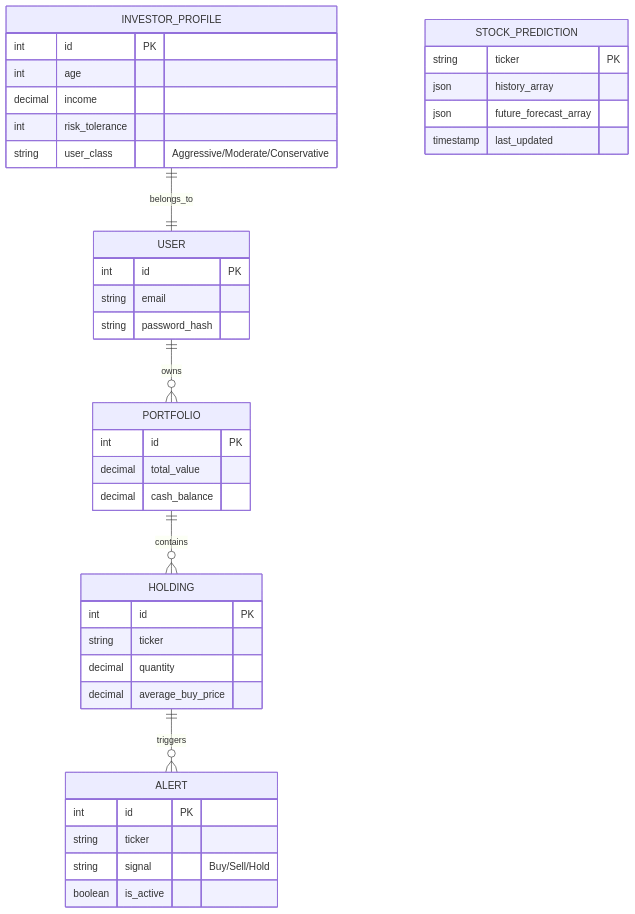
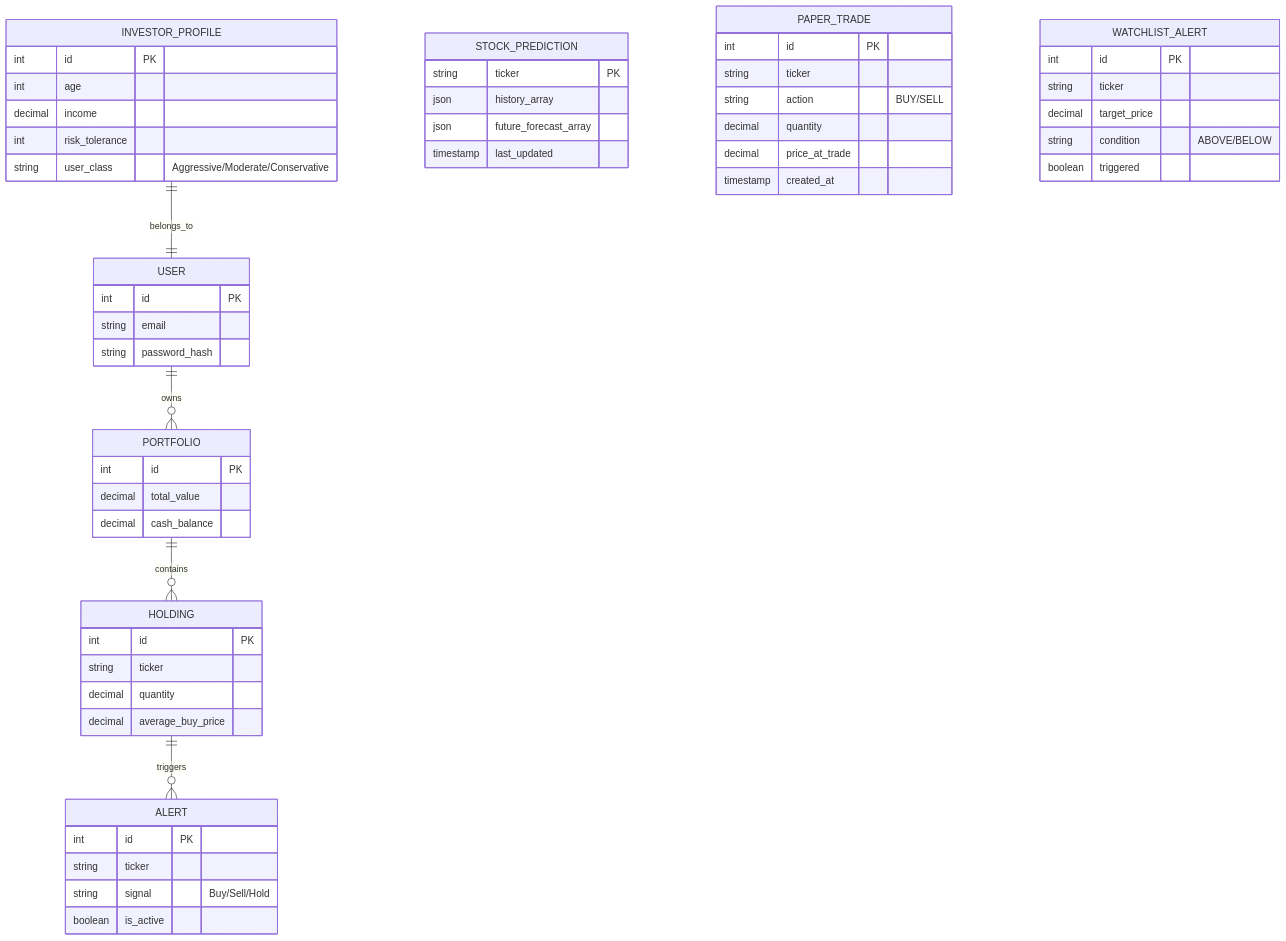
One commit to Cypher-redeye/Cresta changed the second of 2 diagrams in README.md. Above: the diagram before and after it, drawn with Mermaid. The commit also changed other lines of this file and 119 other files, not shown here.

Commit message:
feat: complete Cresta Viva architecture enhancements

````diff
--- a/README.md
+++ b/README.md
@@ -59,42 +59,57 @@
 ```mermaid
 erDiagram
     USER ||--o{ PORTFOLIO : owns
     USER {
         int id PK
         string email
         string password_hash
     }
     INVESTOR_PROFILE ||--|| USER : belongs_to
     INVESTOR_PROFILE {
         int id PK
         int age
         decimal income
         int risk_tolerance
         string user_class "Aggressive/Moderate/Conservative"
     }
     PORTFOLIO ||--o{ HOLDING : contains
     PORTFOLIO {
         int id PK
         decimal total_value
         decimal cash_balance
     }
     HOLDING ||--o{ ALERT : triggers
     HOLDING {
         int id PK
         string ticker
         decimal quantity
         decimal average_buy_price
     }
     STOCK_PREDICTION {
         string ticker PK
         json history_array
         json future_forecast_array
         timestamp last_updated
     }
     ALERT {
         int id PK
         string ticker
         string signal "Buy/Sell/Hold"
         boolean is_active
     }
+    PAPER_TRADE {
+        int id PK
+        string ticker
+        string action "BUY/SELL"
+        decimal quantity
+        decimal price_at_trade
+        timestamp created_at
+    }
+    WATCHLIST_ALERT {
+        int id PK
+        string ticker
+        decimal target_price
+        string condition "ABOVE/BELOW"
+        boolean triggered
+    }
 ```
````
